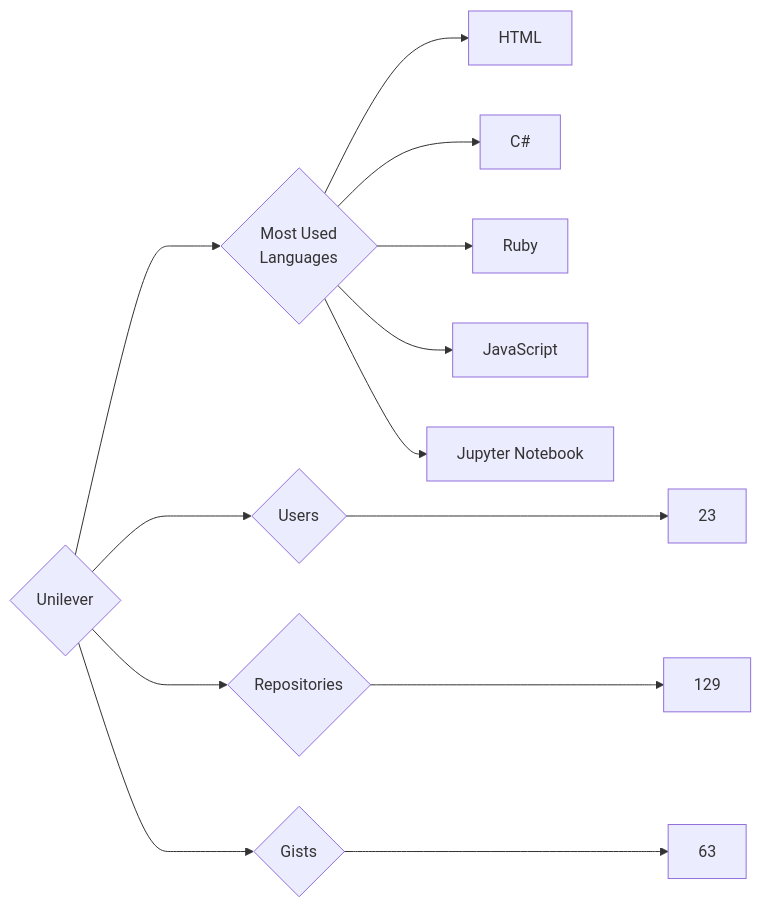
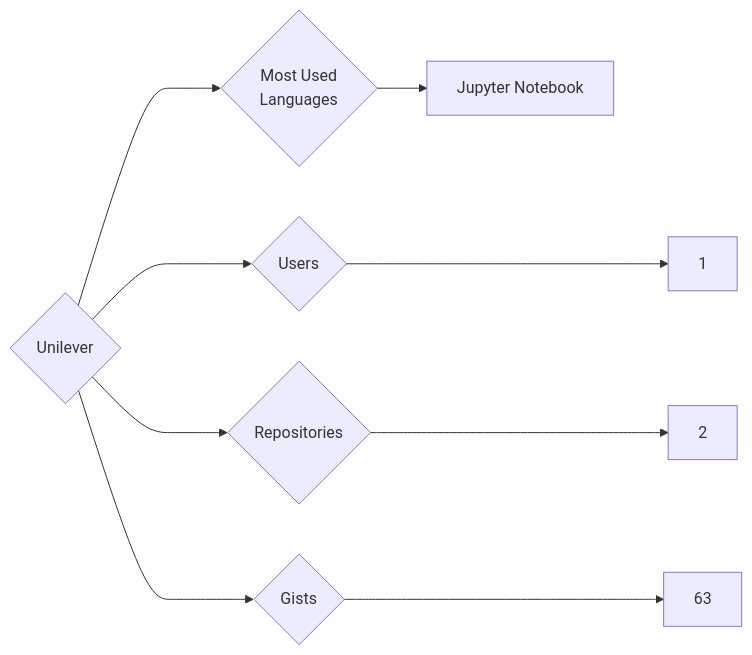
Before and after one commit to trickest/insiders: the diagram in targets/Unilever/README.md, drawn with Mermaid. The commit also changed 964 other files, not shown here.

````diff
--- a/targets/Unilever/README.md
+++ b/targets/Unilever/README.md
@@ -3,13 +3,9 @@
 ```mermaid
 graph LR
 COMPANY_NAME{Unilever}
-COMPANY_NAME ---> U{Users} ---> UN[23]
-COMPANY_NAME ---> R{Repositories} ---> RN[129]
+COMPANY_NAME ---> U{Users} ---> UN[1]
+COMPANY_NAME ---> R{Repositories} ---> RN[2]
 COMPANY_NAME ---> G{Gists} ---> GN[63]
 COMPANY_NAME ---> ML{Most Used<br>Languages}
-ML --> HTML[HTML]
-ML --> C#[C#]
-ML --> Ruby[Ruby]
-ML --> JavaScript[JavaScript]
 ML --> Jupyter_Notebook[Jupyter Notebook]
 ```
````
